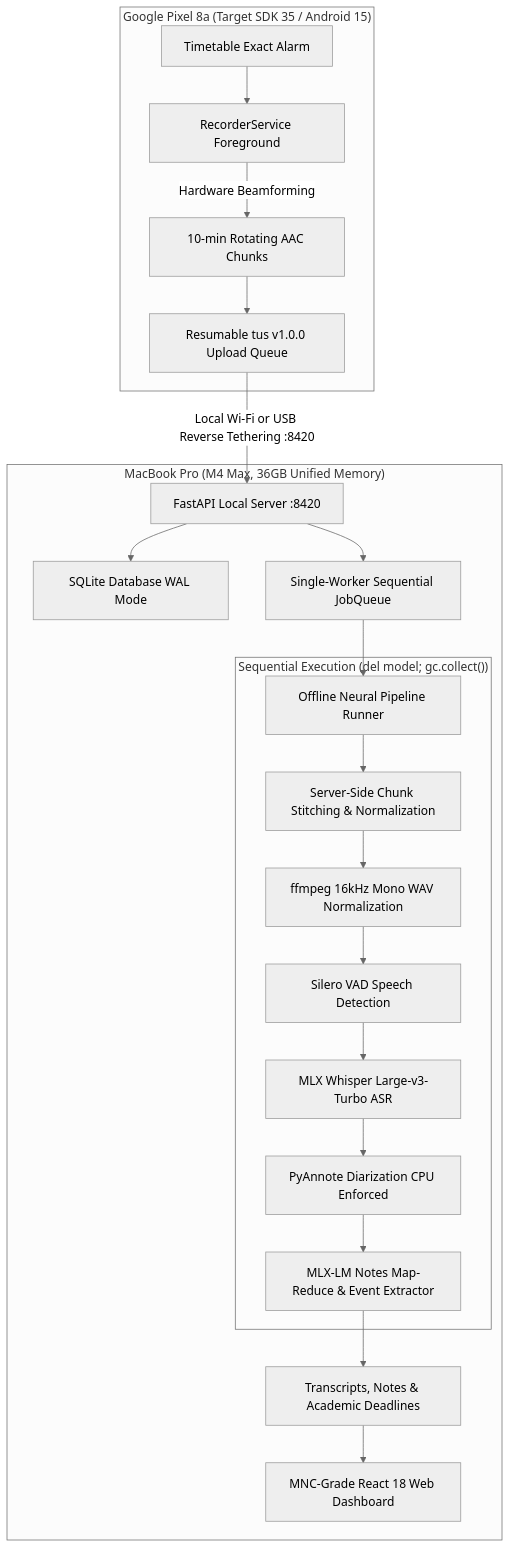
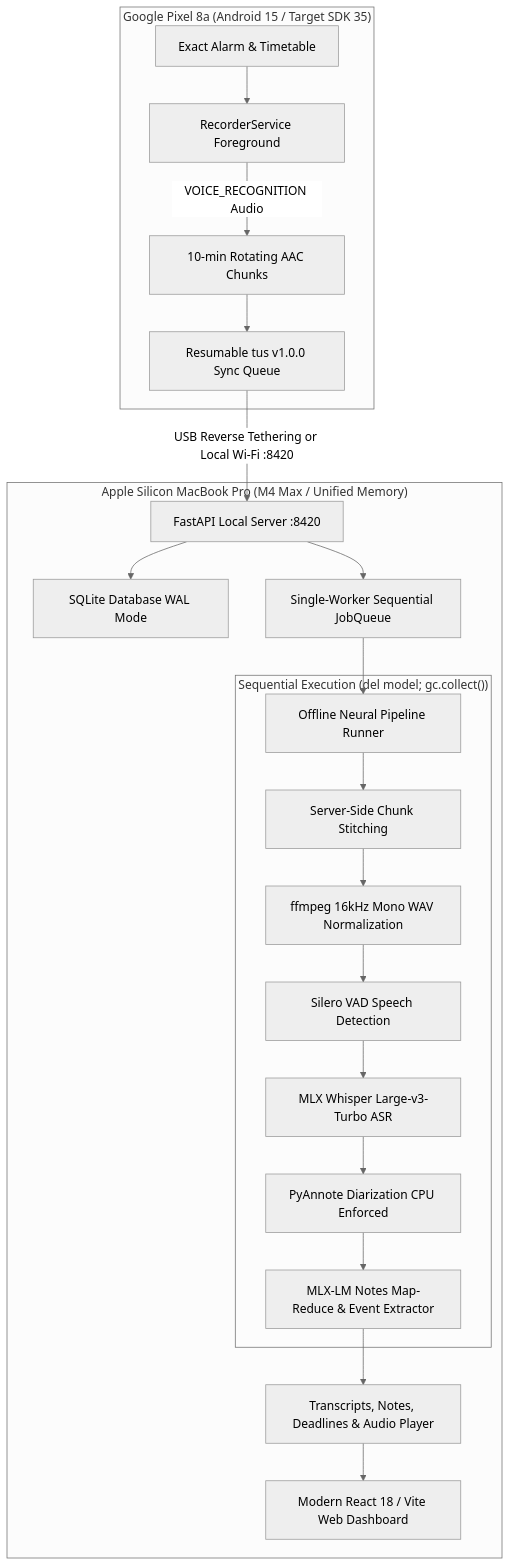
The diagram in README.md (Naavalanarul/Lecture_Whisper), drawn with Mermaid (neutral theme) before and after one commit. The commit also changed other lines of this file and 33 other files, not shown here.

Commit message:
feat(mobile,brand,docs): update Android 390px bottom sheet & floating nav, sync canonical logos, revamp production README

````diff
--- a/README.md
+++ b/README.md
@@ -48,28 +118,28 @@
 ```mermaid
 flowchart TD
-    subgraph Mobile ["Google Pixel 8a (Target SDK 35 / Android 15)"]
-        A[Timetable Exact Alarm] --> B[RecorderService Foreground]
-        B -->|Hardware Beamforming| C[10-min Rotating AAC Chunks]
-        C --> D[Resumable tus v1.0.0 Upload Queue]
+    subgraph Mobile ["Google Pixel 8a (Android 15 / Target SDK 35)"]
+        A[Exact Alarm &amp; Timetable] --> B[RecorderService Foreground]
+        B -->|VOICE_RECOGNITION Audio| C[10-min Rotating AAC Chunks]
+        C --> D[Resumable tus v1.0.0 Sync Queue]
     end
 
-    D -->|Local Wi-Fi or USB Reverse Tethering :8420| E[FastAPI Local Server :8420]
+    D -->|USB Reverse Tethering or Local Wi-Fi :8420| E[FastAPI Local Server :8420]
 
-    subgraph Host ["MacBook Pro (M4 Max, 36GB Unified Memory)"]
+    subgraph Host ["Apple Silicon MacBook Pro (M4 Max / Unified Memory)"]
         E --> F[SQLite Database WAL Mode]
         E --> G[Single-Worker Sequential JobQueue]
         G --> H[Offline Neural Pipeline Runner]
 
         subgraph Pipeline ["Sequential Execution (del model; gc.collect())"]
-            H --> P0[Server-Side Chunk Stitching & Normalization]
+            H --> P0[Server-Side Chunk Stitching]
             P0 --> P1[ffmpeg 16kHz Mono WAV Normalization]
             P1 --> P2[Silero VAD Speech Detection]
             P2 --> P3[MLX Whisper Large-v3-Turbo ASR]
             P3 --> P4[PyAnnote Diarization CPU Enforced]
-            P4 --> P5[MLX-LM Notes Map-Reduce & Event Extractor]
+            P4 --> P5[MLX-LM Notes Map-Reduce &amp; Event Extractor]
         end
 
-        P5 --> I[Transcripts, Notes & Academic Deadlines]
-        I --> J[MNC-Grade React 18 Web Dashboard]
+        P5 --> I[Transcripts, Notes, Deadlines &amp; Audio Player]
+        I --> J[Modern React 18 / Vite Web Dashboard]
     end
 ```
````
